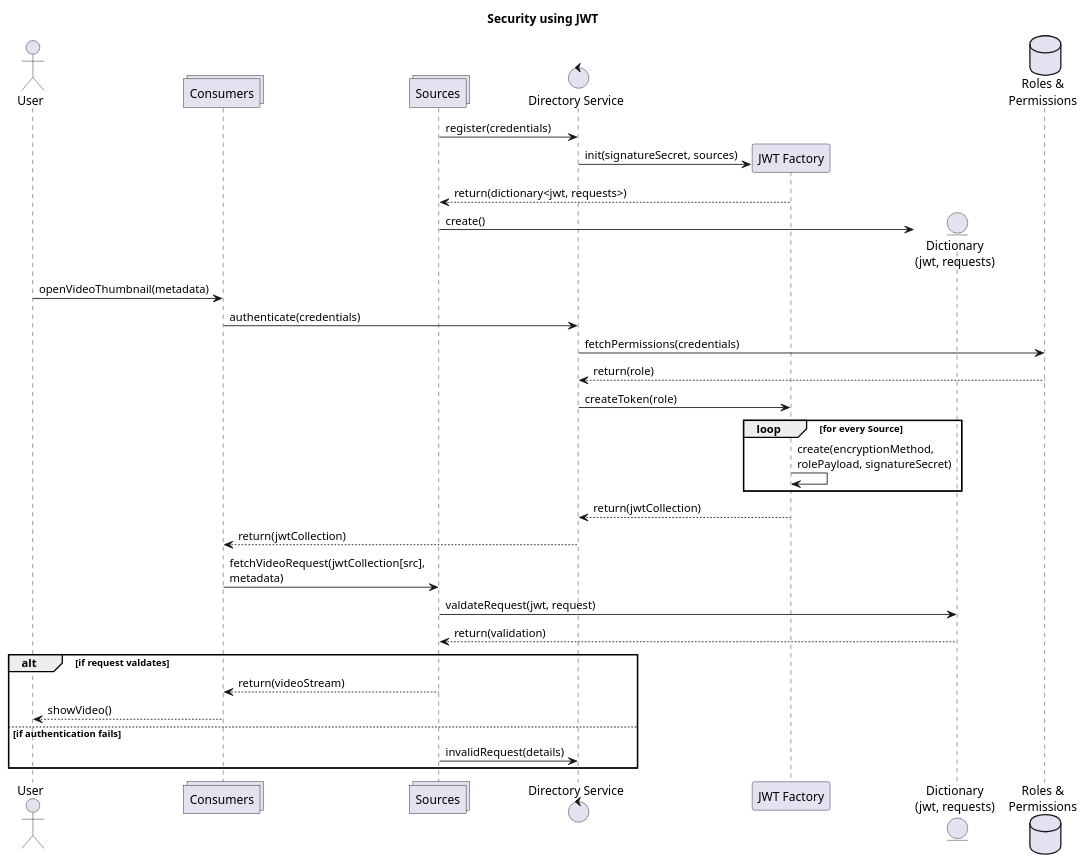
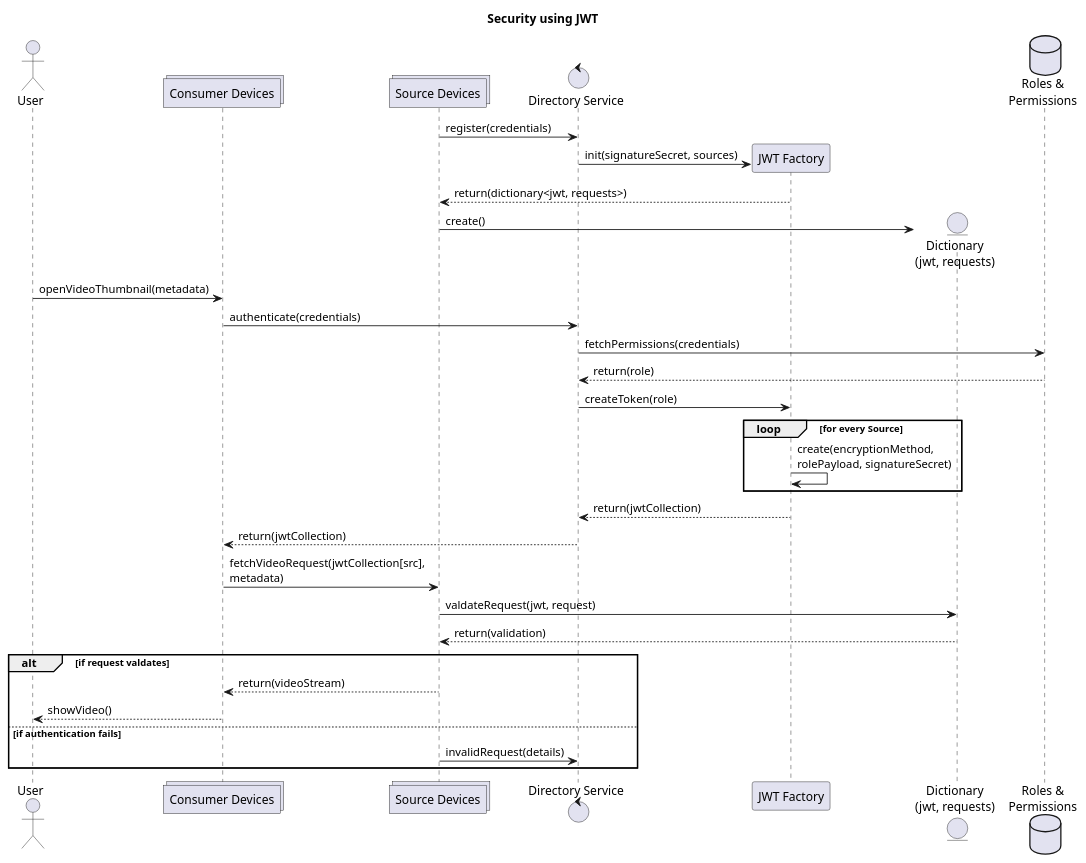
The diagram in Capability/2_4Security.puml (manish-drake/sportspiparch), drawn with PlantUML before and after one commit. The commit also changed 20 other files, not shown here.

Commit message:
new charts

```diff
--- a/Capability/2_4Security.puml
+++ b/Capability/2_4Security.puml
@@ -1,35 +1,35 @@
 @startuml Security using JWT
 title Security using JWT
 actor "User" as user
-collections "Consumers" as cons
-collections "Sources" as srcs
+collections "Consumer Devices" as cons
+collections "Source Devices" as srcs
 control "Directory Service" as dir
 srcs -> dir: register(credentials)
 
 create "JWT Factory" as jwt
 dir -> jwt: init(signatureSecret, sources)
 jwt --> srcs: return(dictionary<jwt, requests>)
 create entity "Dictionary\n(jwt, requests)" as dict
 srcs -> dict: create()
 database "Roles &\nPermissions" as db
 user -> cons: openVideoThumbnail(metadata)
 cons -> dir: authenticate(credentials)
 dir -> db: fetchPermissions(credentials)
 db --> dir: return(role)
 dir -> jwt: createToken(role)
 loop for every Source
     jwt -> jwt: create(encryptionMethod,\nrolePayload, signatureSecret)
 end
 jwt --> dir: return(jwtCollection)
 dir --> cons: return(jwtCollection)
 cons -> srcs: fetchVideoRequest(jwtCollection[src],\nmetadata)
 srcs -> dict: valdateRequest(jwt, request)
 dict --> srcs: return(validation)
 alt if request valdates
     srcs --> cons: return(videoStream)
     cons --> user: showVideo()
 else if authentication fails
     srcs -> dir: invalidRequest(details)
 end
 
 @enduml
```
